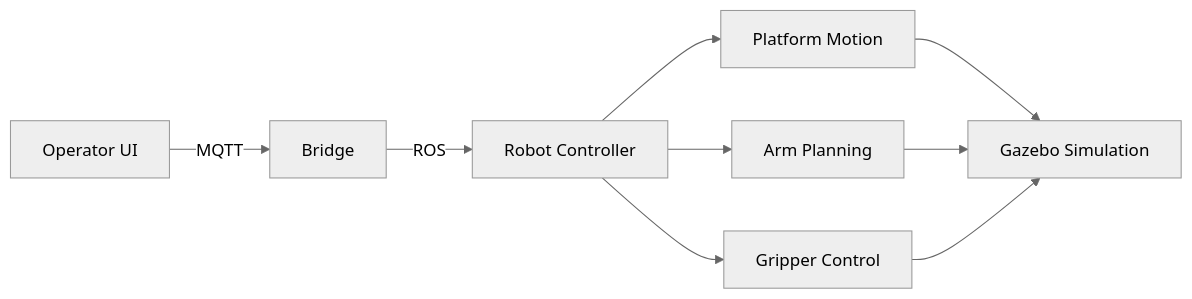
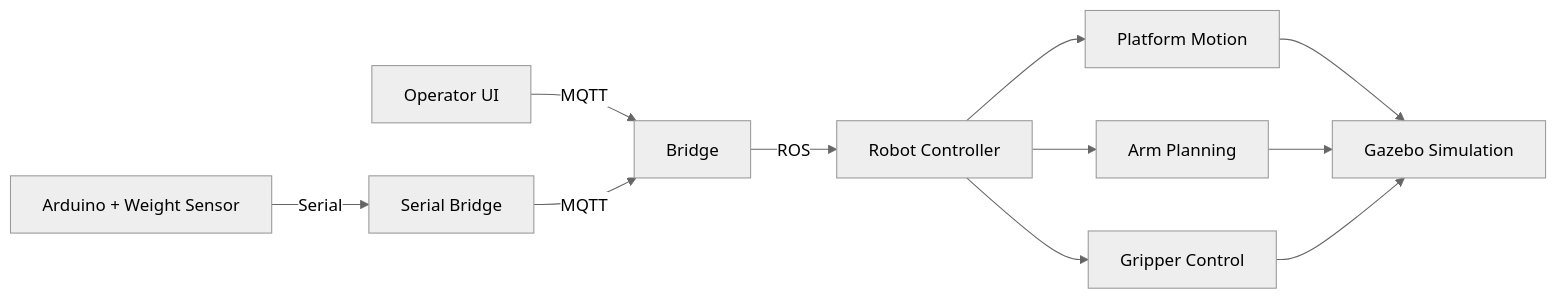
The diagram in README.md (Cristian-2001/LatteBot), drawn with Mermaid (neutral theme) before and after one commit. The commit also changed other lines of this file, not shown here.

First line of the commit message:
Enhance README with Arduino integration and updates

````diff
--- a/README.md
+++ b/README.md
@@ -31,11 +30,13 @@
 ```mermaid
 graph LR
     A[Operator UI] -->|MQTT| B[Bridge]
     B -->|ROS| C[Robot Controller]
     C --> D[Platform Motion]
     C --> E[Arm Planning]
     C --> F[Gripper Control]
     D --> G[Gazebo Simulation]
     E --> G
     F --> G
+    H[Arduino + Weight Sensor] -->|Serial| I[Serial Bridge]
+    I -->|MQTT| B
 ```
````
